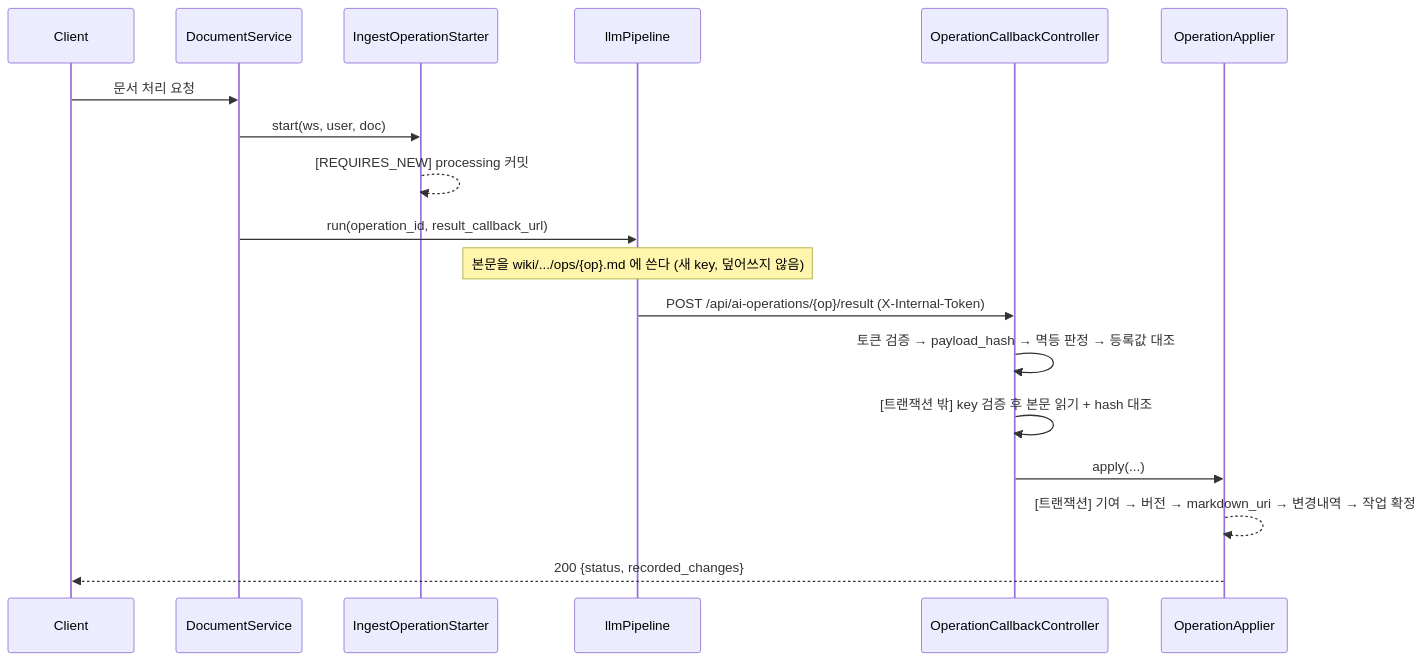
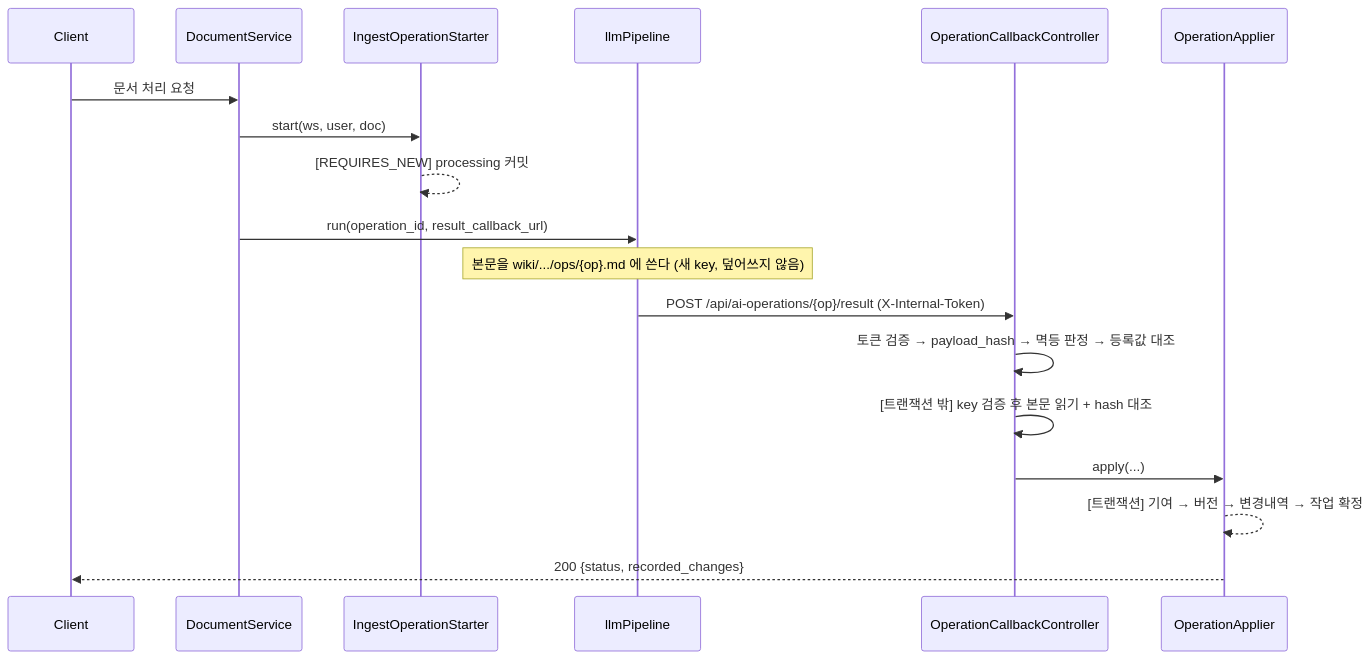
One commit to FruitionKR/local-pilot changed the first of 2 diagrams in docs/spec/api/ai-operation-log.md. Above: the diagram before and after it, drawn with Mermaid. The commit also changed other lines of this file and 14 other files, not shown here.

````diff
--- a/docs/spec/api/ai-operation-log.md
+++ b/docs/spec/api/ai-operation-log.md
@@ -474,21 +471,21 @@
 ```mermaid
 sequenceDiagram
     participant C as Client
     participant D as DocumentService
     participant S as IngestOperationStarter
     participant P as llmPipeline
     participant CB as OperationCallbackController
     participant A as OperationApplier
 
     C->>D: 문서 처리 요청
     D->>S: start(ws, user, doc)
     S-->>S: [REQUIRES_NEW] processing 커밋
     D->>P: run(operation_id, result_callback_url)
     Note over P: 본문을 wiki/.../ops/{op}.md 에 쓴다 (새 key, 덮어쓰지 않음)
     P->>CB: POST /api/ai-operations/{op}/result (X-Internal-Token)
     CB->>CB: 토큰 검증 → payload_hash → 멱등 판정 → 등록값 대조
     CB->>CB: [트랜잭션 밖] key 검증 후 본문 읽기 + hash 대조
     CB->>A: apply(...)
-    A-->>A: [트랜잭션] 기여 → 버전 → markdown_uri → 변경내역 → 작업 확정
+    A-->>A: [트랜잭션] 기여 → 버전 → 변경내역 → 작업 확정
     A-->>C: 200 {status, recorded_changes}
 ```
````
